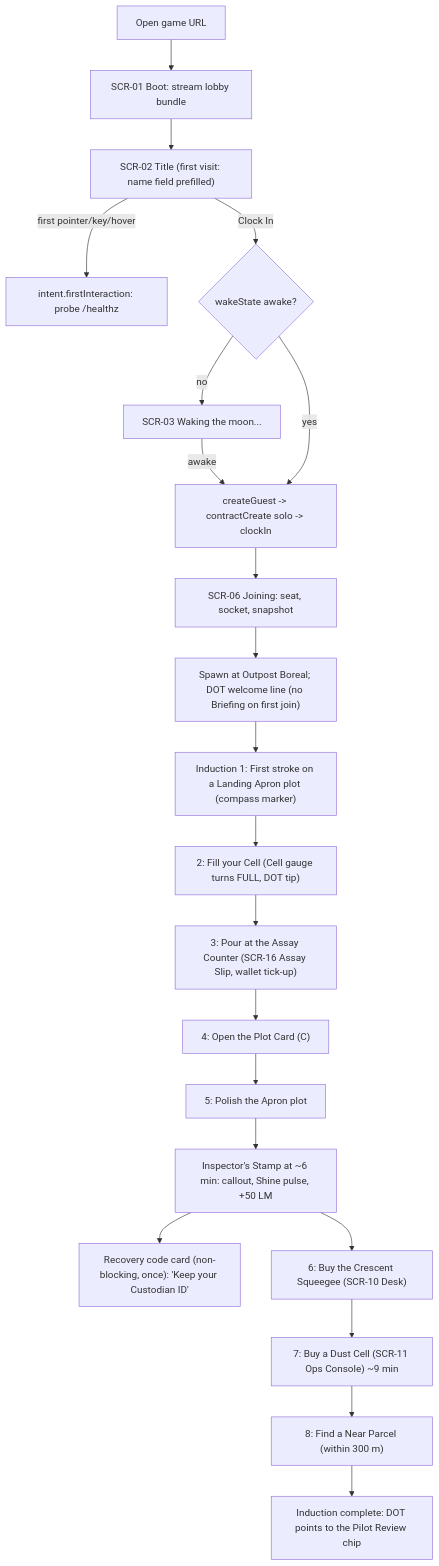
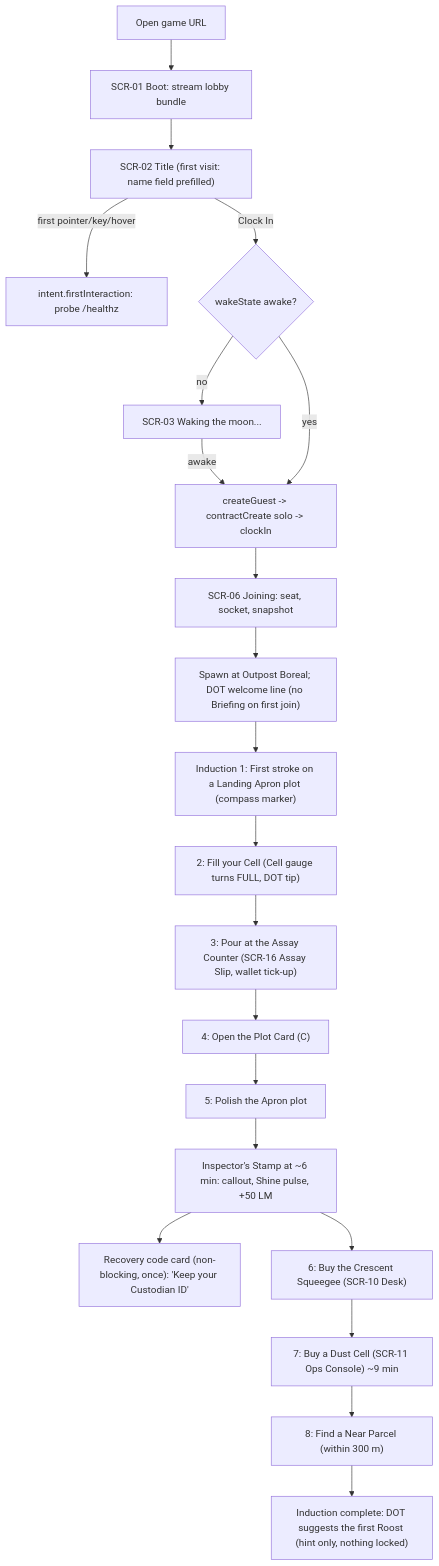
Before and after one commit to ceenguyen05/MoonCleanup: the first of 7 diagrams in docs/design/ui-screens-and-flows.md, drawn with Mermaid. The commit also changed other lines of this file and 47 other files, not shown here.

````diff
--- a/docs/design/ui-screens-and-flows.md
+++ b/docs/design/ui-screens-and-flows.md
@@ -1035,23 +1030,23 @@
 ```mermaid
 flowchart TD
   A["Open game URL"] --> B["SCR-01 Boot: stream lobby bundle"]
   B --> C["SCR-02 Title (first visit: name field prefilled)"]
   C -->|"first pointer/key/hover"| P["intent.firstInteraction: probe /healthz"]
   C -->|"Clock In"| D{"wakeState awake?"}
   D -->|"no"| W["SCR-03 Waking the moon..."]
   W -->|"awake"| E
   D -->|"yes"| E["createGuest -> contractCreate solo -> clockIn"]
   E --> J["SCR-06 Joining: seat, socket, snapshot"]
   J --> S["Spawn at Outpost Boreal; DOT welcome line (no Briefing on first join)"]
   S --> I1["Induction 1: First stroke on a Landing Apron plot (compass marker)"]
   I1 --> I2["2: Fill your Cell (Cell gauge turns FULL, DOT tip)"]
   I2 --> I3["3: Pour at the Assay Counter (SCR-16 Assay Slip, wallet tick-up)"]
   I3 --> I4["4: Open the Plot Card (C)"]
   I4 --> I5["5: Polish the Apron plot"]
   I5 --> ST["Inspector's Stamp at ~6 min: callout, Shine pulse, +50 LM"]
   ST --> RC["Recovery code card (non-blocking, once): 'Keep your Custodian ID'"]
   ST --> I6["6: Buy the Crescent Squeegee (SCR-10 Desk)"]
   I6 --> I7["7: Buy a Dust Cell (SCR-11 Ops Console) ~9 min"]
   I7 --> I8["8: Find a Near Parcel (within 300 m)"]
-  I8 --> END["Induction complete: DOT points to the Pilot Review chip"]
+  I8 --> END["Induction complete: DOT suggests the first Roost (hint only, nothing locked)"]
 ```
````
